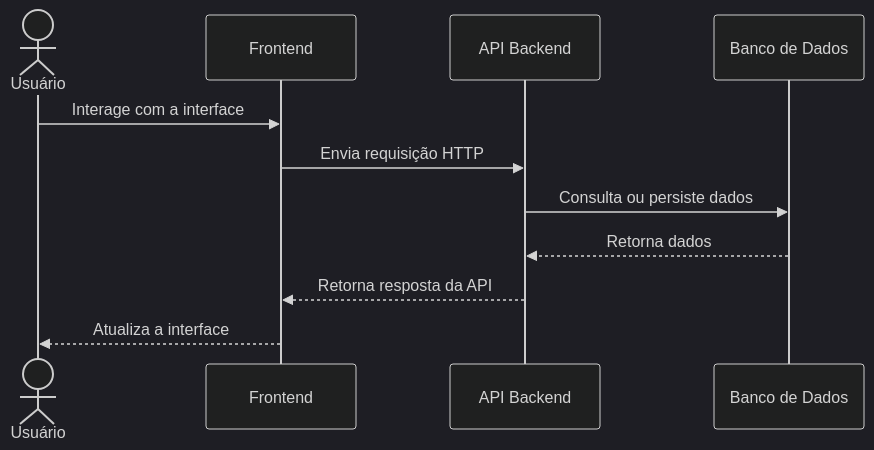
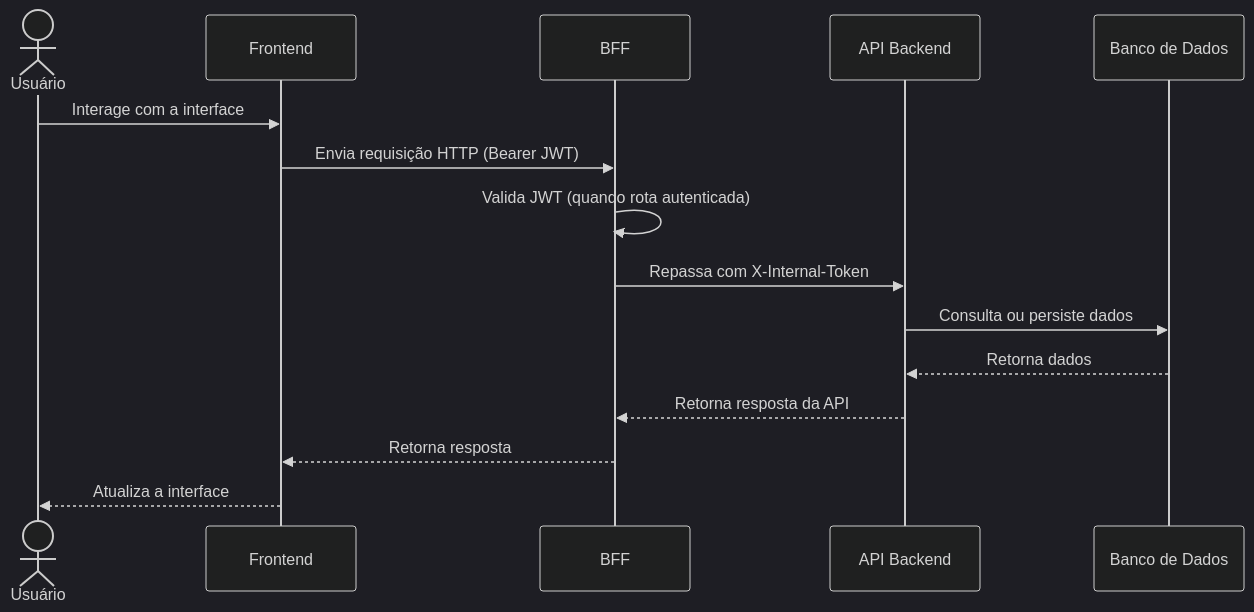
One commit to fga-eps-mds/2026-1-AnatoQuizUp-Doc changed the first of 8 diagrams in docs/arquitetura/visoes/processos.md. Above: the diagram before and after it, drawn with Mermaid (dark theme). The commit also changed other lines of this file and 14 other files, not shown here.

````diff
--- a/docs/arquitetura/visoes/processos.md
+++ b/docs/arquitetura/visoes/processos.md
@@ -11,14 +11,18 @@
 ```mermaid
 sequenceDiagram
     actor Usuario as Usuário
     participant Frontend
+    participant BFF
     participant Backend as API Backend
     participant Banco as Banco de Dados
 
     Usuario->>Frontend: Interage com a interface
-    Frontend->>Backend: Envia requisição HTTP
+    Frontend->>BFF: Envia requisição HTTP (Bearer JWT)
+    BFF->>BFF: Valida JWT (quando rota autenticada)
+    BFF->>Backend: Repassa com X-Internal-Token
     Backend->>Banco: Consulta ou persiste dados
     Banco-->>Backend: Retorna dados
-    Backend-->>Frontend: Retorna resposta da API
+    Backend-->>BFF: Retorna resposta da API
+    BFF-->>Frontend: Retorna resposta
     Frontend-->>Usuario: Atualiza a interface
 ```
````
